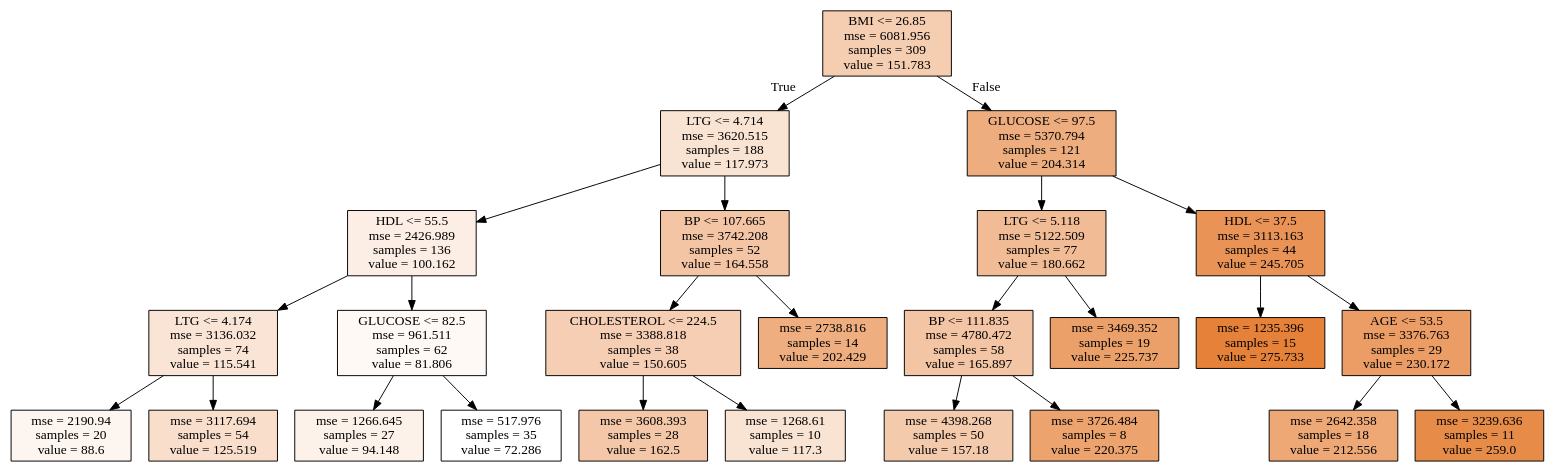
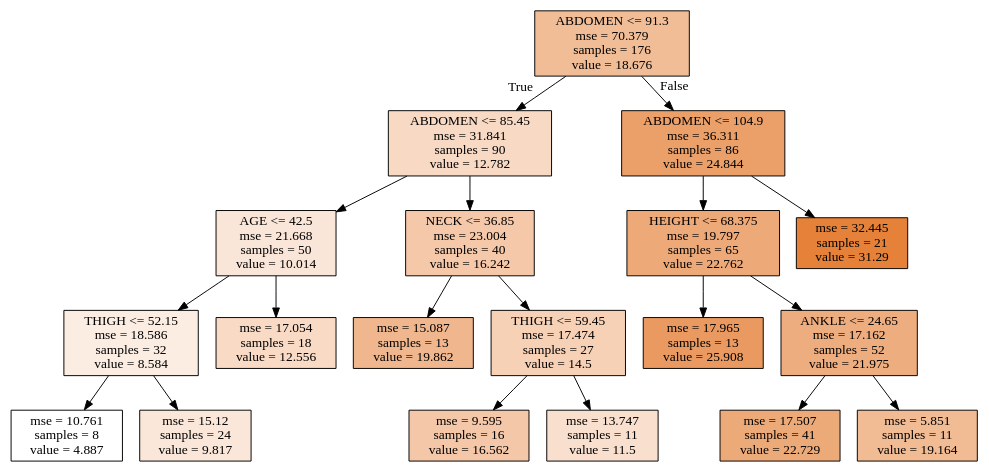
Before and after one commit to wonbae/data-analytics: the diagram in tree_depth.dot, drawn with Graphviz. The commit also changed 11 other files, not shown here.

```diff
--- a/tree_depth.dot
+++ b/tree_depth.dot
@@ -1,52 +1,40 @@
 digraph Tree {
 node [shape=box, style="filled", color="black"] ;
-0 [label="BMI <= 26.85\nmse = 6081.956\nsamples = 309\nvalue = 151.783", fillcolor="#e5813964"] ;
-1 [label="LTG <= 4.714\nmse = 3620.515\nsamples = 188\nvalue = 117.973", fillcolor="#e5813939"] ;
+0 [label="ABDOMEN <= 91.3\nmse = 70.379\nsamples = 176\nvalue = 18.676", fillcolor="#e5813985"] ;
+1 [label="ABDOMEN <= 85.45\nmse = 31.841\nsamples = 90\nvalue = 12.782", fillcolor="#e581394c"] ;
 0 -> 1 [labeldistance=2.5, labelangle=45, headlabel="True"] ;
-2 [label="HDL <= 55.5\nmse = 2426.989\nsamples = 136\nvalue = 100.162", fillcolor="#e5813923"] ;
+2 [label="AGE <= 42.5\nmse = 21.668\nsamples = 50\nvalue = 10.014", fillcolor="#e5813932"] ;
 1 -> 2 ;
-3 [label="LTG <= 4.174\nmse = 3136.032\nsamples = 74\nvalue = 115.541", fillcolor="#e5813936"] ;
+3 [label="THIGH <= 52.15\nmse = 18.586\nsamples = 32\nvalue = 8.584", fillcolor="#e5813924"] ;
 2 -> 3 ;
-4 [label="mse = 2190.94\nsamples = 20\nvalue = 88.6", fillcolor="#e5813914"] ;
+4 [label="mse = 10.761\nsamples = 8\nvalue = 4.887", fillcolor="#e5813900"] ;
 3 -> 4 ;
-5 [label="mse = 3117.694\nsamples = 54\nvalue = 125.519", fillcolor="#e5813943"] ;
+5 [label="mse = 15.12\nsamples = 24\nvalue = 9.817", fillcolor="#e5813930"] ;
 3 -> 5 ;
-6 [label="GLUCOSE <= 82.5\nmse = 961.511\nsamples = 62\nvalue = 81.806", fillcolor="#e581390c"] ;
+6 [label="mse = 17.054\nsamples = 18\nvalue = 12.556", fillcolor="#e581394a"] ;
 2 -> 6 ;
-7 [label="mse = 1266.645\nsamples = 27\nvalue = 94.148", fillcolor="#e581391b"] ;
-6 -> 7 ;
-8 [label="mse = 517.976\nsamples = 35\nvalue = 72.286", fillcolor="#e5813900"] ;
-6 -> 8 ;
-9 [label="BP <= 107.665\nmse = 3742.208\nsamples = 52\nvalue = 164.558", fillcolor="#e5813974"] ;
-1 -> 9 ;
-10 [label="CHOLESTEROL <= 224.5\nmse = 3388.818\nsamples = 38\nvalue = 150.605", fillcolor="#e5813962"] ;
+7 [label="NECK <= 36.85\nmse = 23.004\nsamples = 40\nvalue = 16.242", fillcolor="#e581396e"] ;
+1 -> 7 ;
+8 [label="mse = 15.087\nsamples = 13\nvalue = 19.862", fillcolor="#e5813991"] ;
+7 -> 8 ;
+9 [label="THIGH <= 59.45\nmse = 17.474\nsamples = 27\nvalue = 14.5", fillcolor="#e581395d"] ;
+7 -> 9 ;
+10 [label="mse = 9.595\nsamples = 16\nvalue = 16.562", fillcolor="#e5813971"] ;
 9 -> 10 ;
-11 [label="mse = 3608.393\nsamples = 28\nvalue = 162.5", fillcolor="#e5813971"] ;
-10 -> 11 ;
-12 [label="mse = 1268.61\nsamples = 10\nvalue = 117.3", fillcolor="#e5813938"] ;
-10 -> 12 ;
-13 [label="mse = 2738.816\nsamples = 14\nvalue = 202.429", fillcolor="#e58139a3"] ;
-9 -> 13 ;
-14 [label="GLUCOSE <= 97.5\nmse = 5370.794\nsamples = 121\nvalue = 204.314", fillcolor="#e58139a5"] ;
-0 -> 14 [labeldistance=2.5, labelangle=-45, headlabel="False"] ;
-15 [label="LTG <= 5.118\nmse = 5122.509\nsamples = 77\nvalue = 180.662", fillcolor="#e5813988"] ;
-14 -> 15 ;
-16 [label="BP <= 111.835\nmse = 4780.472\nsamples = 58\nvalue = 165.897", fillcolor="#e5813975"] ;
+11 [label="mse = 13.747\nsamples = 11\nvalue = 11.5", fillcolor="#e5813940"] ;
+9 -> 11 ;
+12 [label="ABDOMEN <= 104.9\nmse = 36.311\nsamples = 86\nvalue = 24.844", fillcolor="#e58139c1"] ;
+0 -> 12 [labeldistance=2.5, labelangle=-45, headlabel="False"] ;
+13 [label="HEIGHT <= 68.375\nmse = 19.797\nsamples = 65\nvalue = 22.762", fillcolor="#e58139ad"] ;
+12 -> 13 ;
+14 [label="mse = 17.965\nsamples = 13\nvalue = 25.908", fillcolor="#e58139cb"] ;
+13 -> 14 ;
+15 [label="ANKLE <= 24.65\nmse = 17.162\nsamples = 52\nvalue = 21.975", fillcolor="#e58139a5"] ;
+13 -> 15 ;
+16 [label="mse = 17.507\nsamples = 41\nvalue = 22.729", fillcolor="#e58139ac"] ;
 15 -> 16 ;
-17 [label="mse = 4398.268\nsamples = 50\nvalue = 157.18", fillcolor="#e581396a"] ;
-16 -> 17 ;
-18 [label="mse = 3726.484\nsamples = 8\nvalue = 220.375", fillcolor="#e58139ba"] ;
-16 -> 18 ;
-19 [label="mse = 3469.352\nsamples = 19\nvalue = 225.737", fillcolor="#e58139c0"] ;
-15 -> 19 ;
-20 [label="HDL <= 37.5\nmse = 3113.163\nsamples = 44\nvalue = 245.705", fillcolor="#e58139d9"] ;
-14 -> 20 ;
-21 [label="mse = 1235.396\nsamples = 15\nvalue = 275.733", fillcolor="#e58139ff"] ;
-20 -> 21 ;
-22 [label="AGE <= 53.5\nmse = 3376.763\nsamples = 29\nvalue = 230.172", fillcolor="#e58139c6"] ;
-20 -> 22 ;
-23 [label="mse = 2642.358\nsamples = 18\nvalue = 212.556", fillcolor="#e58139b0"] ;
-22 -> 23 ;
-24 [label="mse = 3239.636\nsamples = 11\nvalue = 259.0", fillcolor="#e58139ea"] ;
-22 -> 24 ;
+17 [label="mse = 5.851\nsamples = 11\nvalue = 19.164", fillcolor="#e581398a"] ;
+15 -> 17 ;
+18 [label="mse = 32.445\nsamples = 21\nvalue = 31.29", fillcolor="#e58139ff"] ;
+12 -> 18 ;
 }
```
